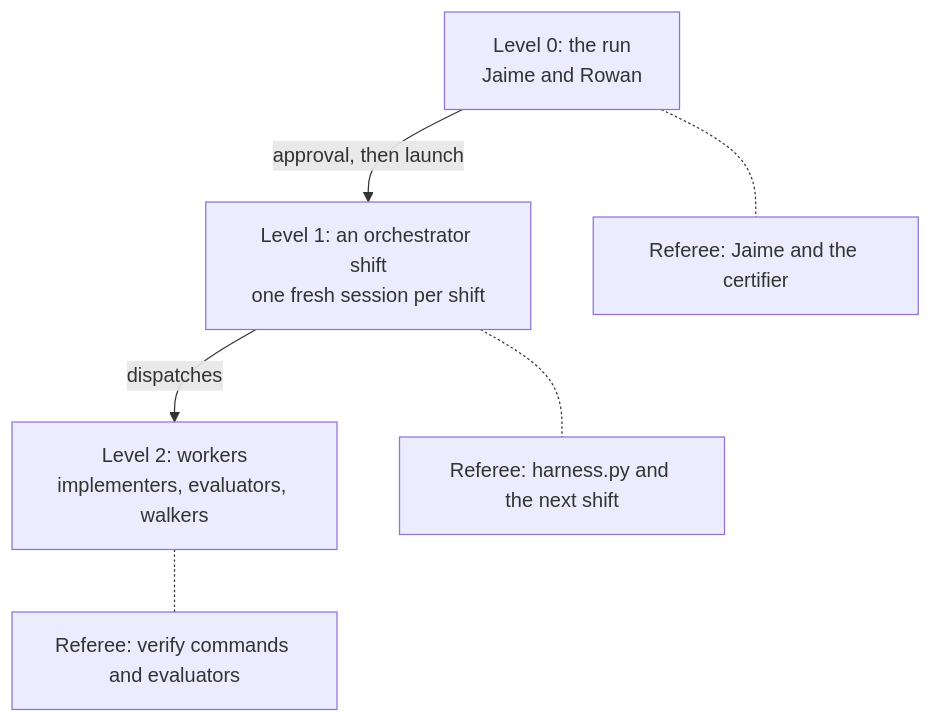
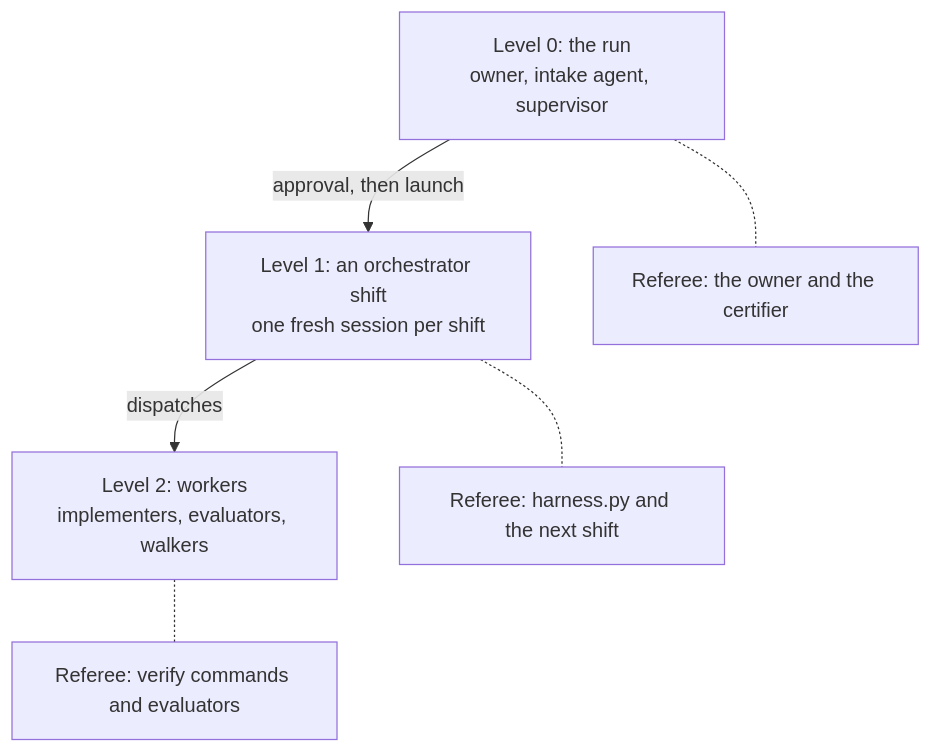
The first of 2 diagrams in pvragon/261021-long-run-harness-architecture.md (Pvragon/presentations), drawn with Mermaid before and after one commit. The commit also changed other lines of this file and 1 other file, not shown here.

First line of the commit message:
docs(pvragon): long-run architecture page for a public audience, skill v0.2.0

````diff
--- a/pvragon/261021-long-run-harness-architecture.md
+++ b/pvragon/261021-long-run-harness-architecture.md
@@ -28,14 +31,14 @@
 ```mermaid
 flowchart TD
-    L0["Level 0: the run<br/>Jaime and Rowan"]
+    L0["Level 0: the run<br/>owner, intake agent, supervisor"]
     L1["Level 1: an orchestrator shift<br/>one fresh session per shift"]
     L2["Level 2: workers<br/>implementers, evaluators, walkers"]
-    R0["Referee: Jaime and the certifier"]
+    R0["Referee: the owner and the certifier"]
     R1["Referee: harness.py and the next shift"]
     R2["Referee: verify commands and evaluators"]
     L0 -->|"approval, then launch"| L1
     L1 -->|"dispatches"| L2
     L0 -.- R0
     L1 -.- R1
     L2 -.- R2
 ```
````
